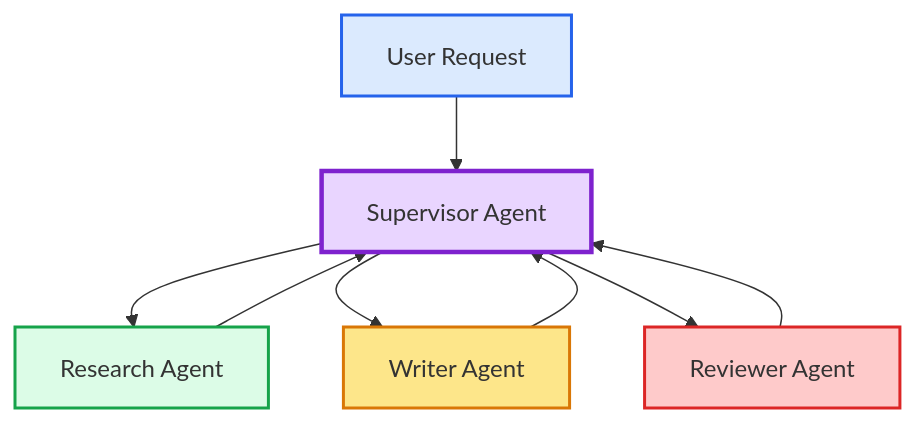
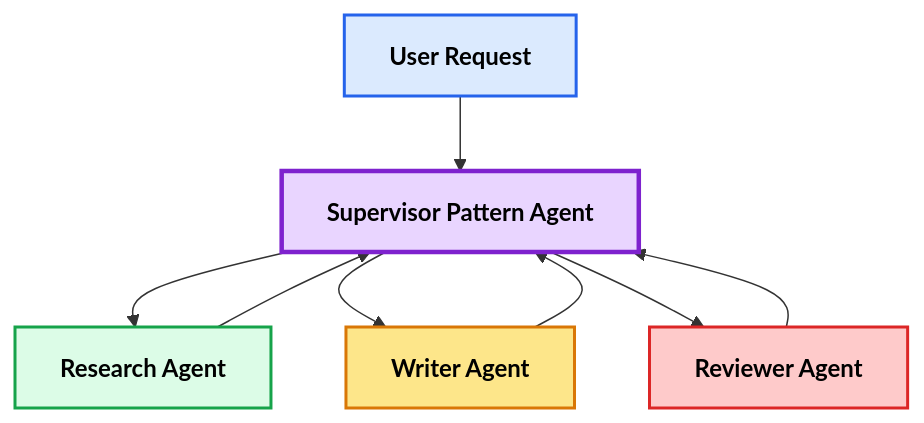
One commit to christseng89/LangChain-2026 changed the second of 9 diagrams in README-6MultiAgentSystem.md. Above: the diagram before and after it, drawn with Mermaid. The commit also changed other lines of this file, not shown here.

First line of the commit message:
Expand multi-agent README with collaborative pattern and update langchain-course ref

````diff
--- a/README-6MultiAgentSystem.md
+++ b/README-6MultiAgentSystem.md
@@ -30,22 +32,23 @@
 ```mermaid
 flowchart TB
 
     U["User Request"]
 
-    U --> S["Supervisor Agent"]
+    U --> S["Supervisor Pattern Agent"]
 
     S --> R["Research Agent"]
     S --> W["Writer Agent"]
     S --> RV["Reviewer Agent"]
 
     R --> S
     W --> S
     RV --> S
 
-    style U fill:#DBEAFE,stroke:#2563EB,stroke-width:2px
-    style S fill:#E9D5FF,stroke:#7E22CE,stroke-width:3px
-    style R fill:#DCFCE7,stroke:#16A34A,stroke-width:2px
-    style W fill:#FDE68A,stroke:#D97706,stroke-width:2px
-    style RV fill:#FECACA,stroke:#DC2626,stroke-width:2px
+    %% Background + Border + Text Color
+    style U fill:#DBEAFE,stroke:#2563EB,stroke-width:2px,color:#000,font-weight:bold
+    style S fill:#E9D5FF,stroke:#7E22CE,stroke-width:3px,color:#000,font-weight:bold
+    style R fill:#DCFCE7,stroke:#16A34A,stroke-width:2px,color:#000,font-weight:bold
+    style W fill:#FDE68A,stroke:#D97706,stroke-width:2px,color:#000,font-weight:bold
+    style RV fill:#FECACA,stroke:#DC2626,stroke-width:2px,color:#000,font-weight:bold
   
 ```
````
